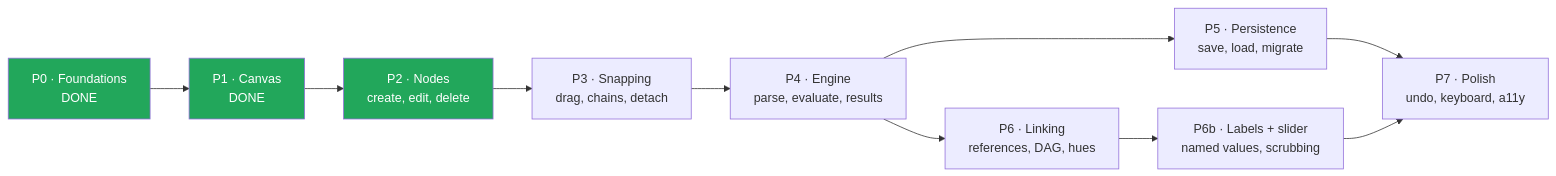
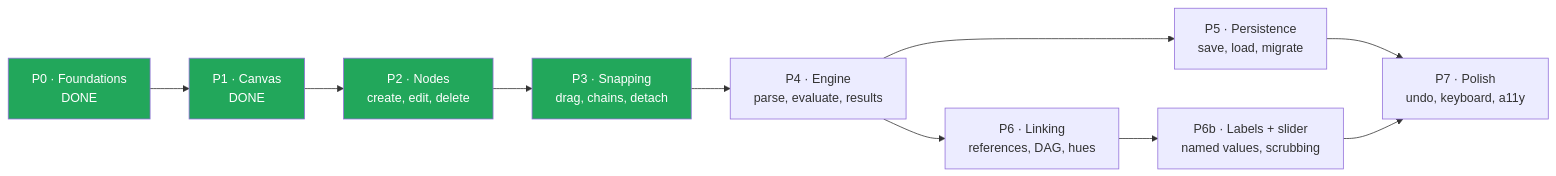
The first of 3 diagrams in docs/DEVELOPMENT_PLAN.md (tousifosman/CalcMind), drawn with Mermaid before and after one commit. The commit also changed other lines of this file and 1 other file, not shown here.

````diff
--- a/docs/DEVELOPMENT_PLAN.md
+++ b/docs/DEVELOPMENT_PLAN.md
@@ -47,15 +47,16 @@
 ```mermaid
 flowchart LR
     P0["P0 · Foundations<br/>DONE"] --> P1["P1 · Canvas<br/>DONE"]
     P1 --> P2["P2 · Nodes<br/>create, edit, delete"]
     P2 --> P3["P3 · Snapping<br/>drag, chains, detach"]
     P3 --> P4["P4 · Engine<br/>parse, evaluate, results"]
     P4 --> P5["P5 · Persistence<br/>save, load, migrate"]
     P4 --> P6["P6 · Linking<br/>references, DAG, hues"]
     P6 --> P6b["P6b · Labels + slider<br/>named values, scrubbing"]
     P5 --> P7["P7 · Polish<br/>undo, keyboard, a11y"]
     P6b --> P7
     style P0 fill:#22A75B,color:#fff
     style P1 fill:#22A75B,color:#fff
     style P2 fill:#22A75B,color:#fff
+    style P3 fill:#22A75B,color:#fff
 ```
````
